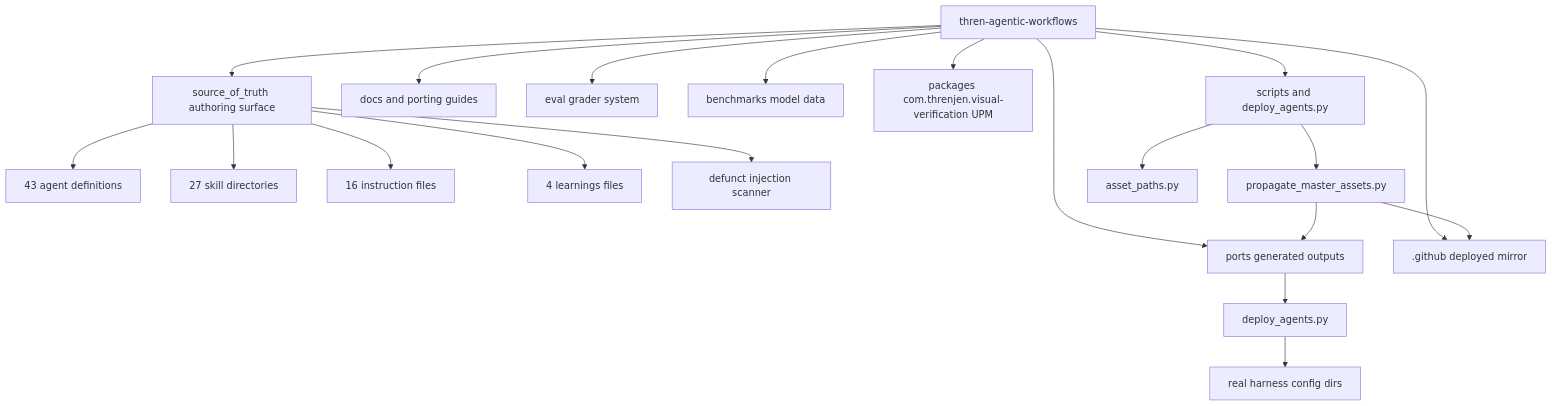
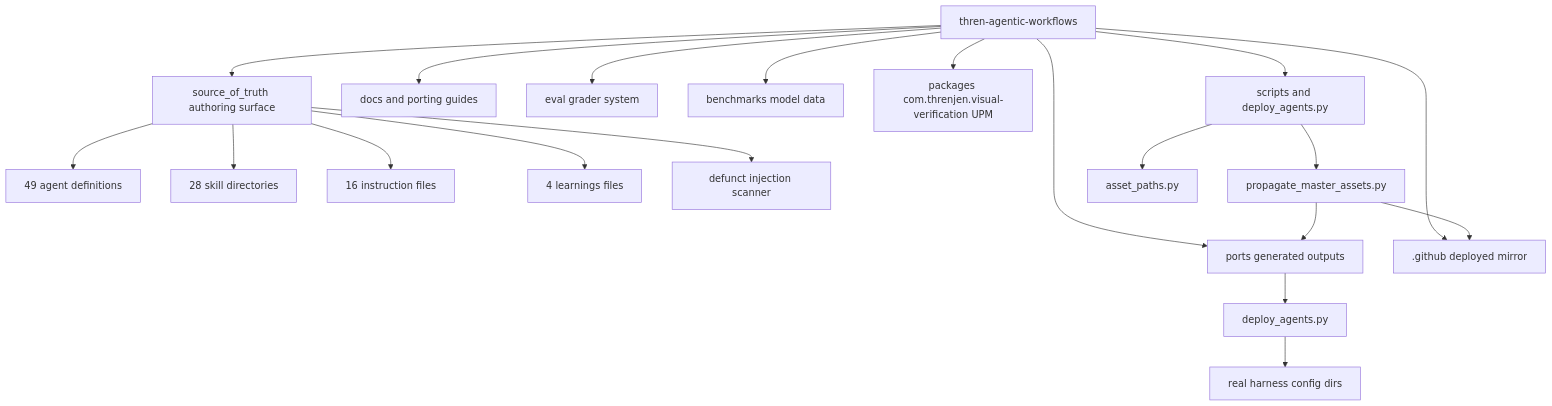
Before and after one commit to threnjen/thren-agentic-workflows: the first of 4 diagrams in docs/ARCHITECTURE.md, drawn with Mermaid. The commit also changed other lines of this file and 116 other files, not shown here.

````diff
--- a/docs/ARCHITECTURE.md
+++ b/docs/ARCHITECTURE.md
@@ -23,26 +23,26 @@
 ```mermaid
 flowchart TD
     Root[thren-agentic-workflows]
 
     Root --> SOT[source_of_truth authoring surface]
     Root --> Ports[ports generated outputs]
     Root --> DotGithub[.github deployed mirror]
     Root --> Docs[docs and porting guides]
     Root --> Eval[eval grader system]
     Root --> Bench[benchmarks model data]
     Root --> Pkg[packages com.threnjen.visual-verification UPM]
     Root --> Scripts[scripts and deploy_agents.py]
 
-    SOT --> Agents[43 agent definitions]
-    SOT --> Skills[27 skill directories]
+    SOT --> Agents[49 agent definitions]
+    SOT --> Skills[28 skill directories]
     SOT --> Instructions[16 instruction files]
     SOT --> Learnings[4 learnings files]
     SOT --> Hooks[defunct injection scanner]
 
     Scripts --> Propagate[propagate_master_assets.py]
     Scripts --> Shared[asset_paths.py]
     Propagate --> Ports
     Propagate --> DotGithub
     Deploy[deploy_agents.py] --> RealDirs[real harness config dirs]
     Ports --> Deploy
 ```
````
